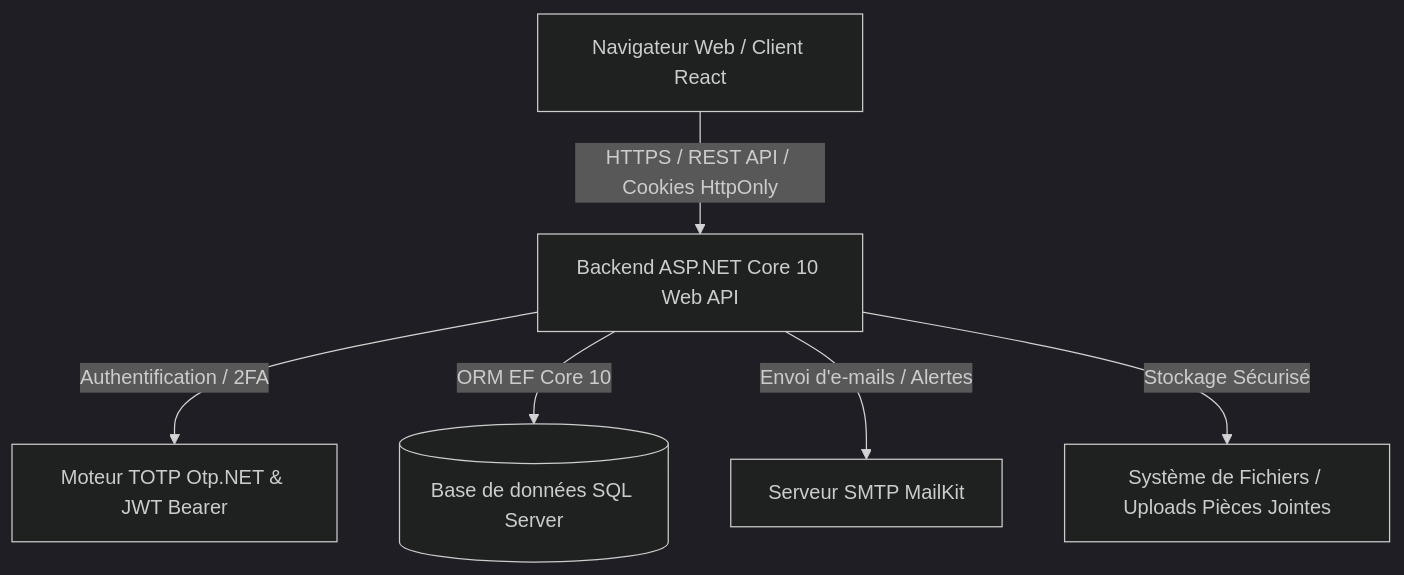
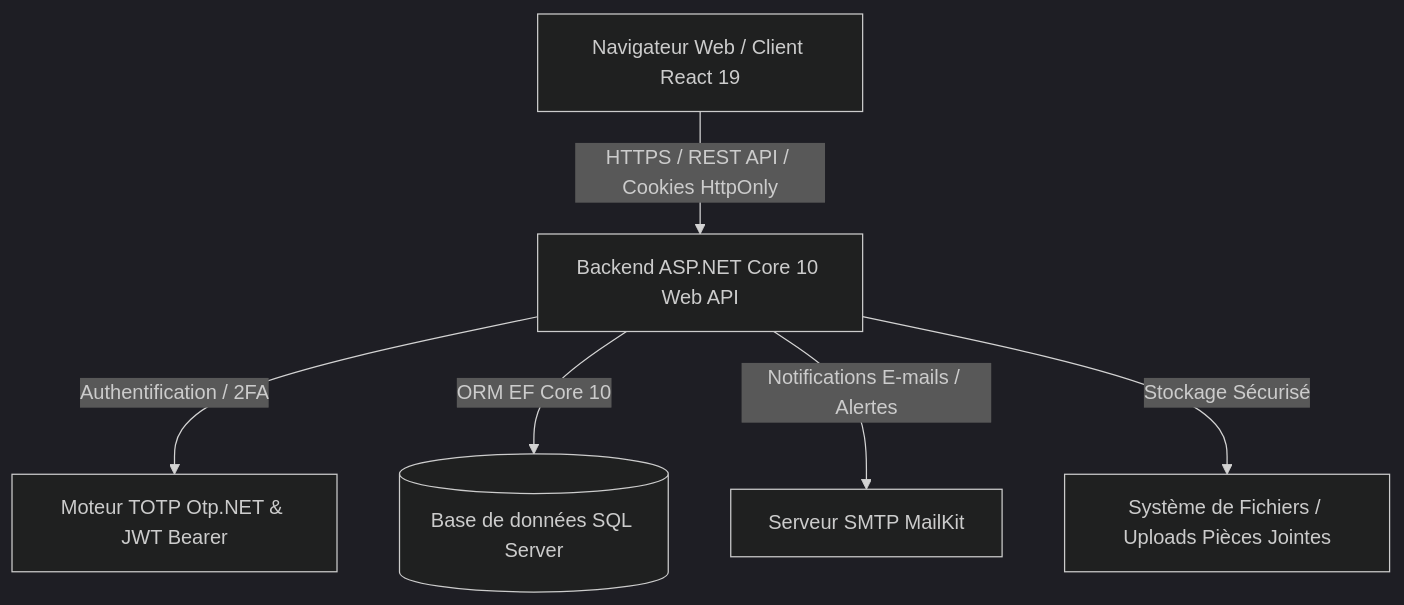
The diagram in README.md (MsdAmine/cspj-mini-mail), drawn with Mermaid (dark theme) before and after one commit. The commit also changed other lines of this file, not shown here.

````diff
--- a/README.md
+++ b/README.md
@@ -72,8 +86,8 @@
 ```mermaid
 graph TD
-    Client[Navigateur Web / Client React] -->|HTTPS / REST API / Cookies HttpOnly| API[Backend ASP.NET Core 10 Web API]
+    Client[Navigateur Web / Client React 19] -->|HTTPS / REST API / Cookies HttpOnly| API[Backend ASP.NET Core 10 Web API]
     API -->|Authentification / 2FA| TOTP[Moteur TOTP Otp.NET & JWT Bearer]
     API -->|ORM EF Core 10| DB[(Base de données SQL Server)]
-    API -->|Envoi d'e-mails / Alertes| SMTP[Serveur SMTP MailKit]
+    API -->|Notifications E-mails / Alertes| SMTP[Serveur SMTP MailKit]
     API -->|Stockage Sécurisé| FS[Système de Fichiers / Uploads Pièces Jointes]
 ```
````
